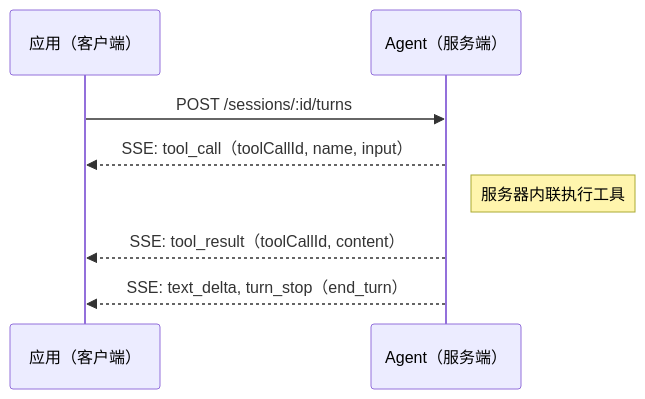
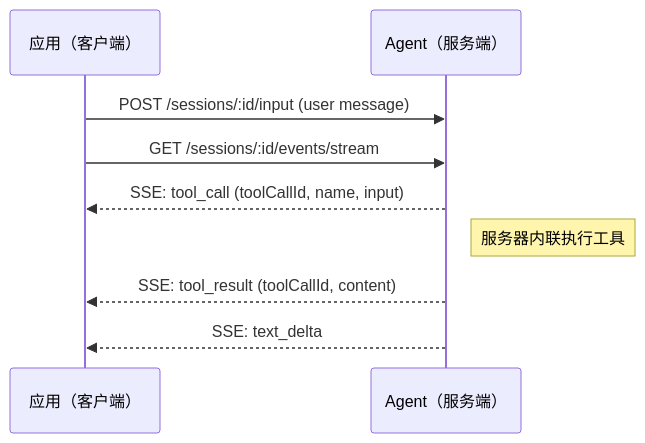
The second of 4 diagrams in docs/zh/tool-call.md (agentapplicationprotocol/agent-application-protocol), drawn with Mermaid before and after one commit. The commit also changed other lines of this file and 27 other files, not shown here.

````diff
--- a/docs/zh/tool-call.md
+++ b/docs/zh/tool-call.md
@@ -44,11 +44,12 @@
 ```mermaid
 sequenceDiagram
     participant App as 应用（客户端）
     participant Agent as Agent（服务端）
 
-    App->>Agent: POST /sessions/:id/turns
-    Agent-->>App: SSE: tool_call（toolCallId, name, input）
+    App->>Agent: POST /sessions/:id/input (user message)
+    App->>Agent: GET /sessions/:id/events/stream
+    Agent-->>App: SSE: tool_call (toolCallId, name, input)
     Note right of Agent: 服务器内联执行工具
-    Agent-->>App: SSE: tool_result（toolCallId, content）
-    Agent-->>App: SSE: text_delta, turn_stop（end_turn）
+    Agent-->>App: SSE: tool_result (toolCallId, content)
+    Agent-->>App: SSE: text_delta
 ```
````
